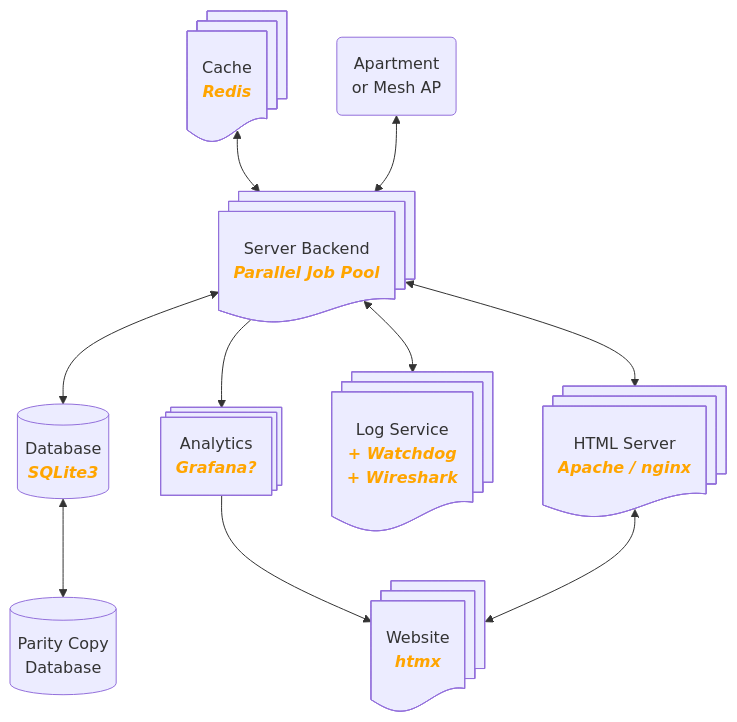
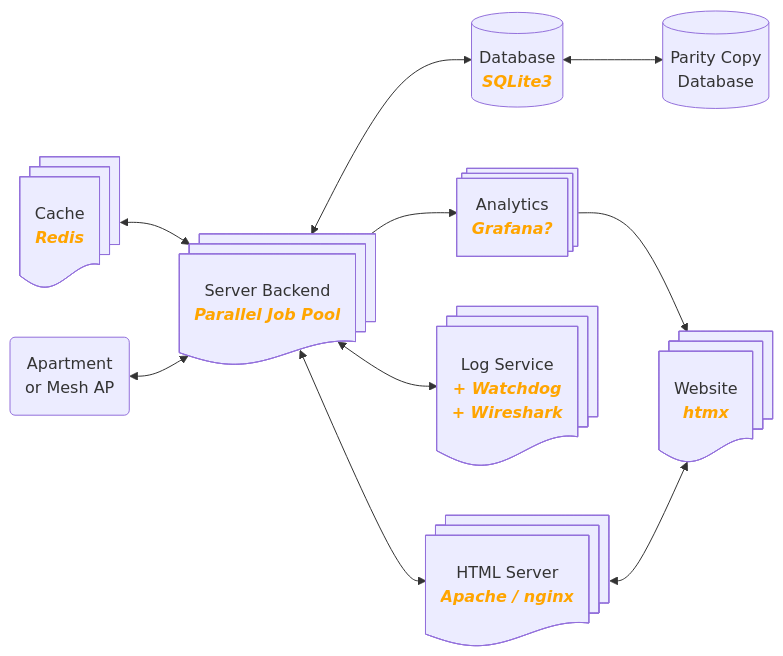
One commit to Rackhamn/iot_arch_project1 changed the first of 7 diagrams in README.md. Above: the diagram before and after it, drawn with Mermaid.

Commit message:
Turned server graph from TD into LR

````diff
--- a/README.md
+++ b/README.md
@@ -51,16 +51,16 @@
 ```mermaid
-graph TD
+graph LR
     ServerCache@{ shape: docs, label: "Cache<br/><p style="color: orange;"><b><i>Redis</i></b></p>" } <--> Server
     Server@{ shape: docs, label: "Server Backend<br/><p style="color: orange;"><b><i>Parallel Job Pool</i></b></p>" }
     Server <--> DB@{ shape: cyl, label: "Database<br/><p style="color: orange;"><b><i>SQLite3</i></b></p>" }
     Server --> Anal@{ shape: processes, label: "Analytics<br/><p style="color: orange;"><b><i>Grafana?</i></b></p>" }
     DB <--> BD2@{ shape: cyl, label: "Parity Copy<br/>Database" }
 
     Anal --> Website[Website]
     %% Website <--> User@{ shape: hex, label: "User<br/><p style="color: orange;"><b><i>APT Owner</i></b></p>"}
 
     Server <--> Logger@{ shape: docs, label: "Log Service<br/><p style="color: orange;"><b><i>+ Watchdog<br/>+ Wireshark</i></b></p>" }
     Server <--> ServerHTML@{ shape: docs, label: "HTML Server<br/><p style="color: orange;"><b><i>Apache / nginx</i></b></p>" }
     ServerHTML <--> Website@{ shape: docs, label: "Website<br/><b style="color: orange;"><i>htmx</i></b></p>" }
     Apartment(Apartment<br/>or Mesh AP) <--> Server
 ```
````
